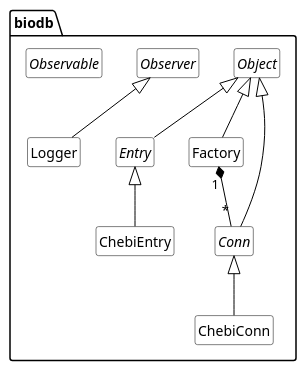
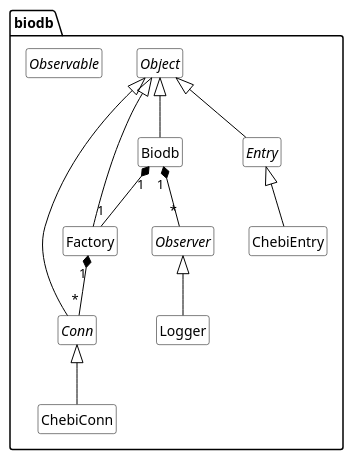
The diagram in doc/class-diagram.pu (ceabiodb/biodb), drawn with PlantUML before and after one commit.

Commit message:
Add Biodb class.

```diff
--- a/doc/class-diagram.pu
+++ b/doc/class-diagram.pu
@@ -1,35 +1,39 @@
 @startuml
 
 skinparam classBackgroundColor white
 skinparam classArrowColor black
 skinparam classBorderColor black
 skinparam shadowing false
 hide empty members
 hide circle
 
 namespace biodb {
 
 	' Classes
 	abstract class Object
+	class Biodb
 	abstract class Conn
 	abstract class Entry
 	class Factory
 	class ChebiConn
 	class ChebiEntry
 	abstract class Observer
 	class Logger
 	abstract class Observable
 
 	' Hierarchy
+	Object <|-- Biodb
 	Object <|-- Conn
 	Object <|-- Entry
 	Object <|-- Factory
 	Conn <|-- ChebiConn
 	Entry <|-- ChebiEntry
 	Observer <|-- Logger
 
 	' Relations
 	Factory "1" *-- "*" Conn
+	Biodb "1" *-- "1" Factory
+	Biodb "1" *-- "*" Observer
 }
 
 @enduml
```
